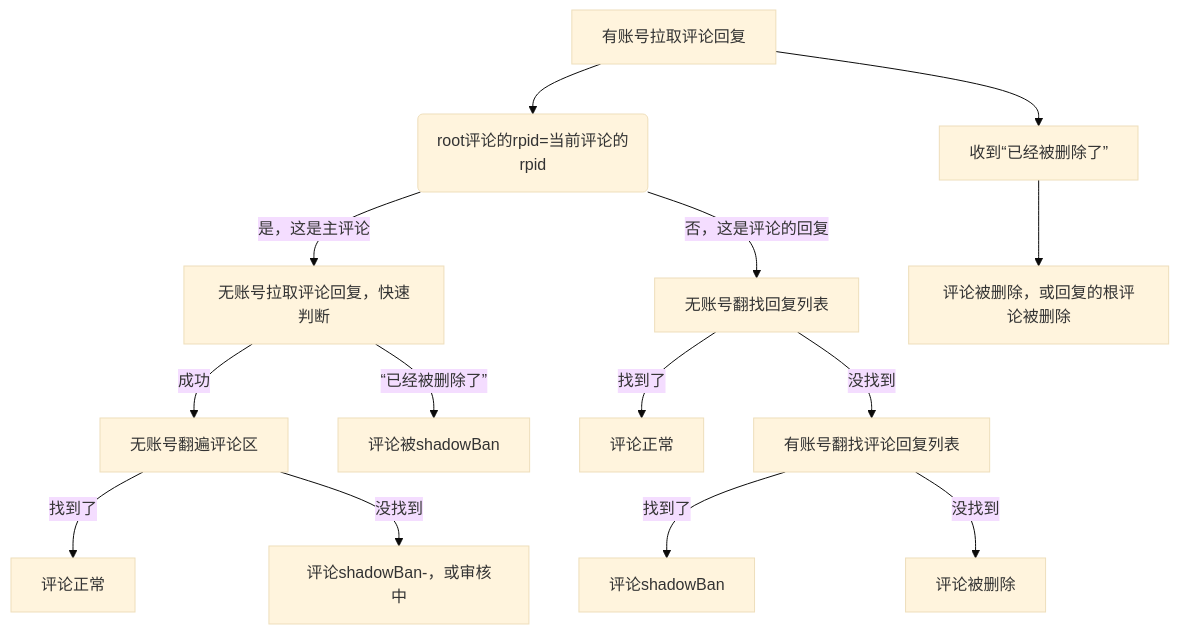
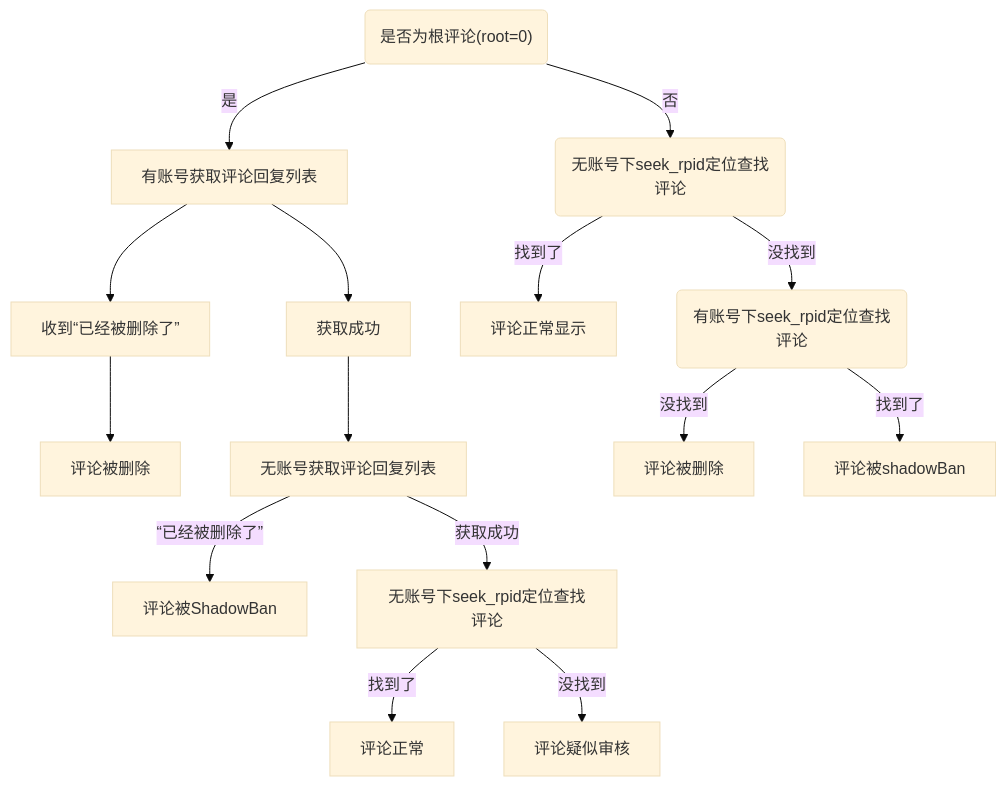
Before and after one commit to boli0301/bili.libre.commit: the third of 4 diagrams in README.md, drawn with Mermaid (base theme). The commit also changed other lines of this file and 110 other files, not shown here.

````diff
--- a/README.md
+++ b/README.md
@@ -173,16 +238,18 @@
-``` mermaid
+```mermaid
 graph TB
-00[有账号拉取评论回复] 
-00 --> 10(root评论的rpid=当前评论的rpid)
-00 --> 02["收到“已经被删除了”"] --> 04["评论被删除，或回复的根评论被删除"]
-10 --"是，这是主评论"--> 20["无账号拉取评论回复，快速判断"] 
-20 --成功--> 100["无账号翻遍评论区"] 
-100 --找到了--> 110["评论正常"]
-100 --没找到--> 120["评论shadowBan-，或审核中"]
-20 --"“已经被删除了”"--> 40["评论被shadowBan"]
-10 --"否，这是评论的回复"--> 50["无账号翻找回复列表"] 
-50 --找到了--> 60["评论正常"]
-50 --没找到--> 70["有账号翻找评论回复列表"] 
-70 --找到了--> 80["评论shadowBan"]
-70 --没找到--> 90["评论被删除"]
+10("是否为根评论(root=0)")
+10 --是--> 100[有账号获取评论回复列表] 
+--> 102["收到“已经被删除了”"] 
+--> 104["评论被删除"]
+100 --> 110[获取成功]
+--> 120[无账号获取评论回复列表]
+120 --"“已经被删除了”"--> 130["评论被ShadowBan"] 
+120 --获取成功--> 140["无账号下seek_rpid定位查找评论"]
+140 --找到了--> 142["评论正常"]
+140 --没找到--> 144["评论疑似审核"]
+
+10 --否--> 200(无账号下seek_rpid定位查找评论)
+200--找到了--> 260[评论正常显示]
+200--没找到--> 250(有账号下seek_rpid定位查找评论) --没找到--> 20[评论被删除]
+250--找到了--> 280[评论被shadowBan]
 ```
````
